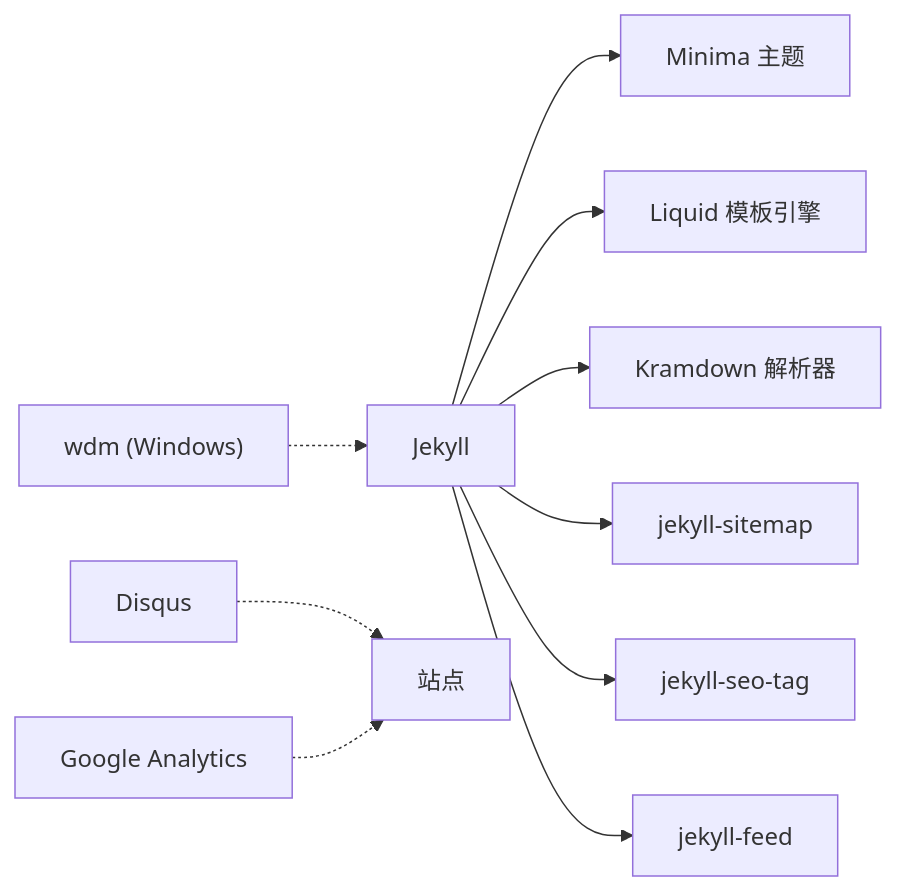
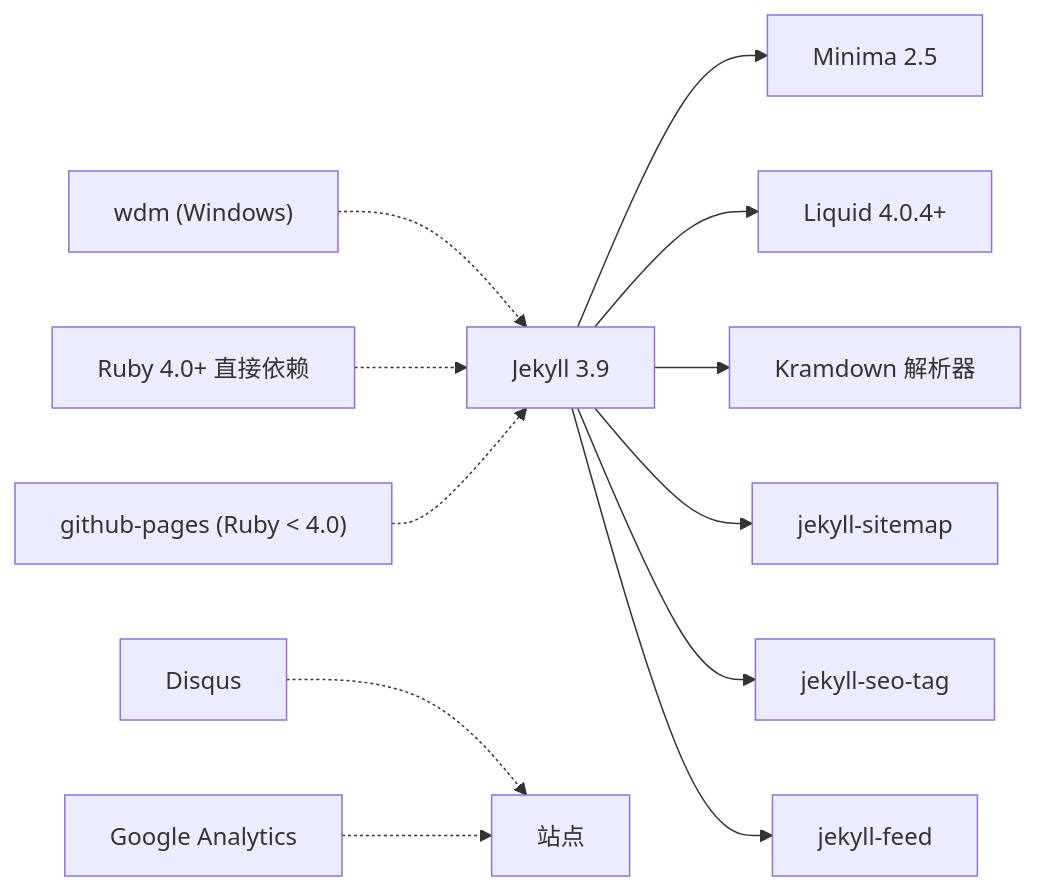
The fourth of 4 diagrams in .qoder/repowiki/zh/content/部署与维护/GitHub Pages 部署.md (LZC6244/lzc6244.github.io), drawn with Mermaid before and after one commit. The commit also changed other lines of this file and 36 other files, not shown here.

````diff
--- a/.qoder/repowiki/zh/content/部署与维护/GitHub Pages 部署.md
+++ b/.qoder/repowiki/zh/content/部署与维护/GitHub Pages 部署.md
@@ -226,12 +266,14 @@
 ```mermaid
 graph LR
-J["Jekyll"] --> M["Minima 主题"]
-J --> L["Liquid 模板引擎"]
+J["Jekyll 3.9"] --> M["Minima 2.5"]
+J --> L["Liquid 4.0.4+"]
 J --> K["Kramdown 解析器"]
 J --> P1["jekyll-sitemap"]
 J --> P2["jekyll-seo-tag"]
 J --> P3["jekyll-feed"]
 W["wdm (Windows)"] -.-> J
 S["Disqus"] -.-> 站点
 GA["Google Analytics"] -.-> 站点
+R4["Ruby 4.0+ 直接依赖"] -.-> J
+RG["github-pages (Ruby < 4.0)"] -.-> J
 ```
````
